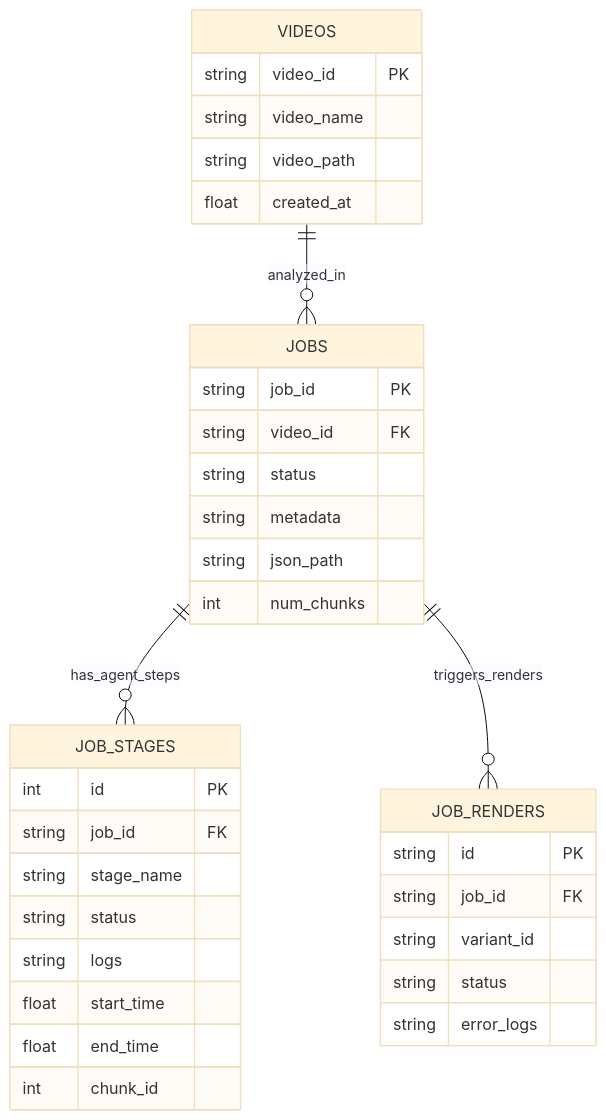
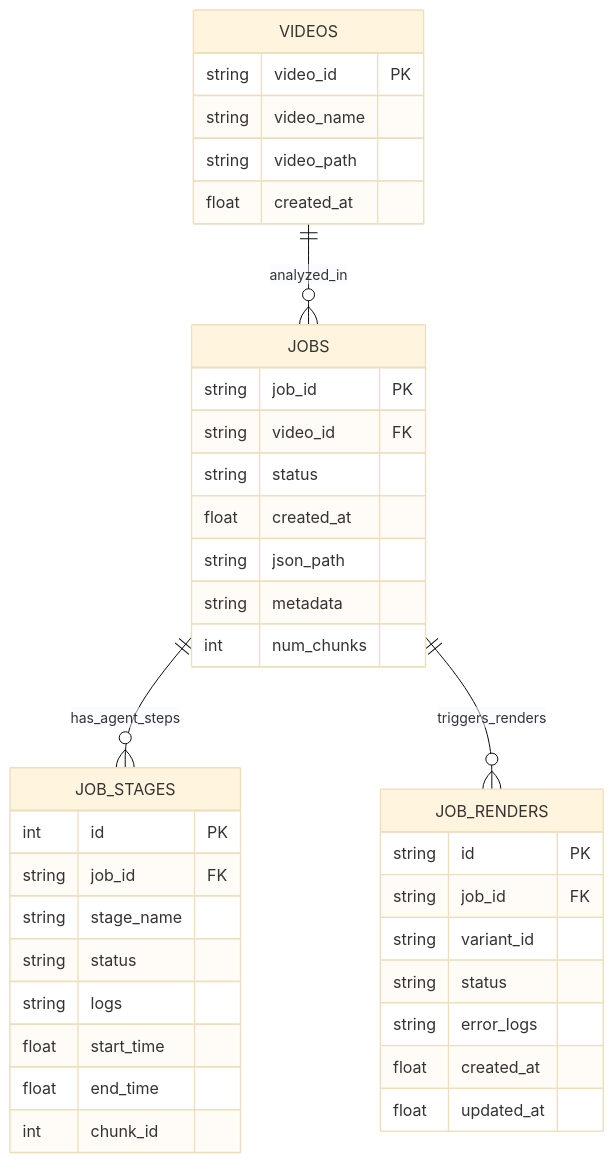
The diagram in docs/Database/Schema.md (sudo-krish/youtube-shorts-generator-antigravity), drawn with Mermaid (base theme) before and after one commit. The commit also changed 24 other files, not shown here.

````diff
--- a/docs/Database/Schema.md
+++ b/docs/Database/Schema.md
@@ -22,41 +22,44 @@
 ```mermaid
 erDiagram
     VIDEOS ||--o{ JOBS : "analyzed_in"
     JOBS ||--o{ JOB_STAGES : "has_agent_steps"
     JOBS ||--o{ JOB_RENDERS : "triggers_renders"
 
     VIDEOS {
         string video_id PK
         string video_name
         string video_path
         float created_at
     }
     
     JOBS {
         string job_id PK
         string video_id FK
         string status
+        float created_at
+        string json_path
         string metadata
-        string json_path
         int num_chunks
     }
     
     JOB_STAGES {
         int id PK
         string job_id FK
         string stage_name
         string status
         string logs
         float start_time
         float end_time
         int chunk_id
     }
     
     JOB_RENDERS {
         string id PK
         string job_id FK
         string variant_id
         string status
         string error_logs
+        float created_at
+        float updated_at
     }
 ```
````
